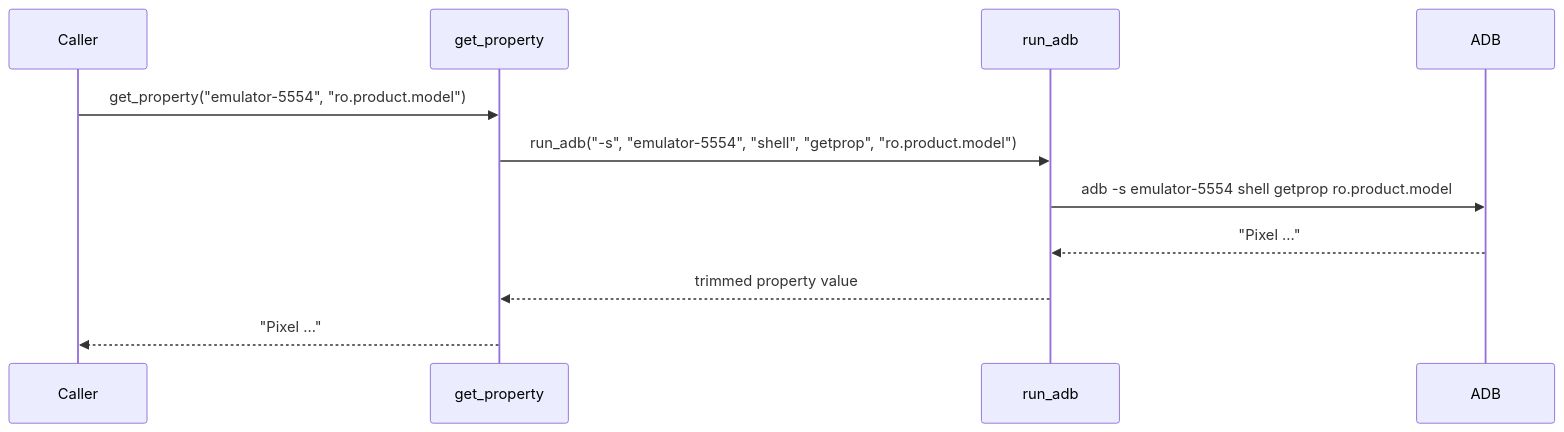
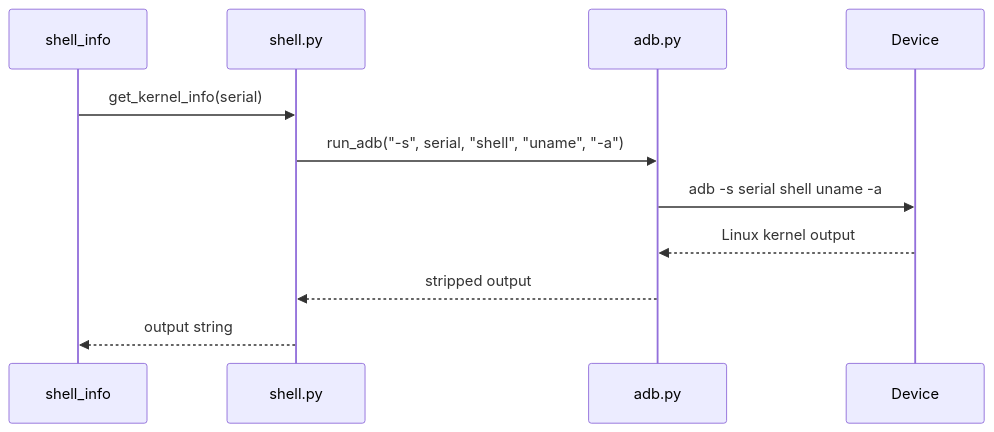
One commit to andrew771027/android-cookbook changed the diagram in docs/architecture.md. Above: the diagram before and after it, drawn with Mermaid. The commit also changed other lines of this file and 3 other files, not shown here.

````diff
--- a/docs/architecture.md
+++ b/docs/architecture.md
@@ -84,14 +75,13 @@
 ```mermaid
 sequenceDiagram
-    participant Caller
-    participant get_property
-    participant run_adb
-    participant ADB
-
-    Caller->>get_property: get_property("emulator-5554", "ro.product.model")
-    get_property->>run_adb: run_adb("-s", "emulator-5554", "shell", "getprop", "ro.product.model")
-    run_adb->>ADB: adb -s emulator-5554 shell getprop ro.product.model
-    ADB-->>run_adb: "Pixel ..."
-    run_adb-->>get_property: trimmed property value
-    get_property-->>Caller: "Pixel ..."
+    participant App as shell_info
+    participant Shell as shell.py
+    participant Adb as adb.py
+    participant Device
+    App->>Shell: get_kernel_info(serial)
+    Shell->>Adb: run_adb("-s", serial, "shell", "uname", "-a")
+    Adb->>Device: adb -s serial shell uname -a
+    Device-->>Adb: Linux kernel output
+    Adb-->>Shell: stripped output
+    Shell-->>App: output string
 ```
````
